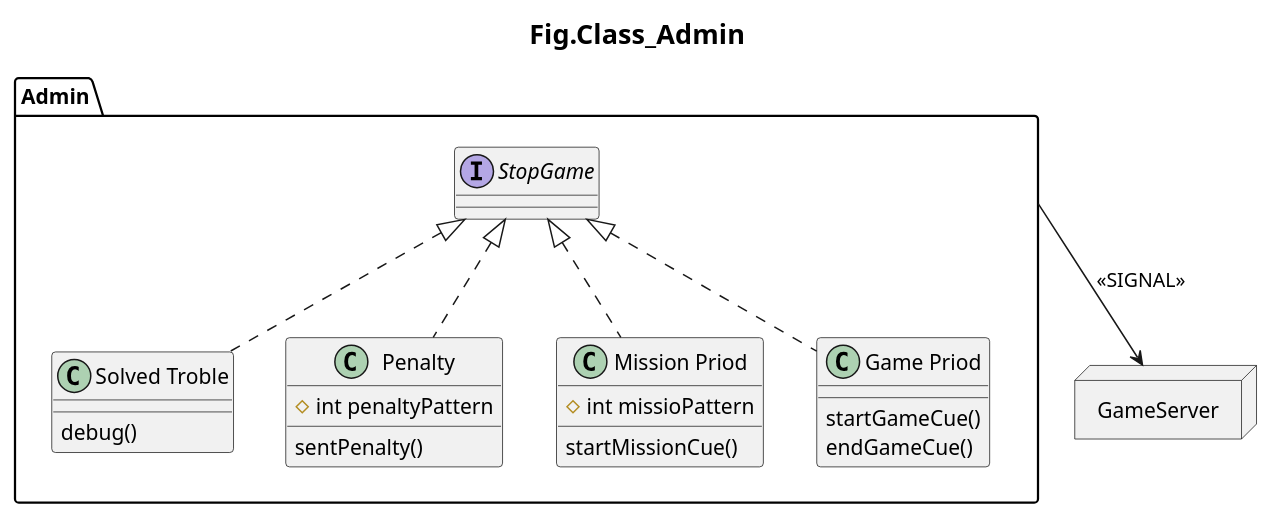
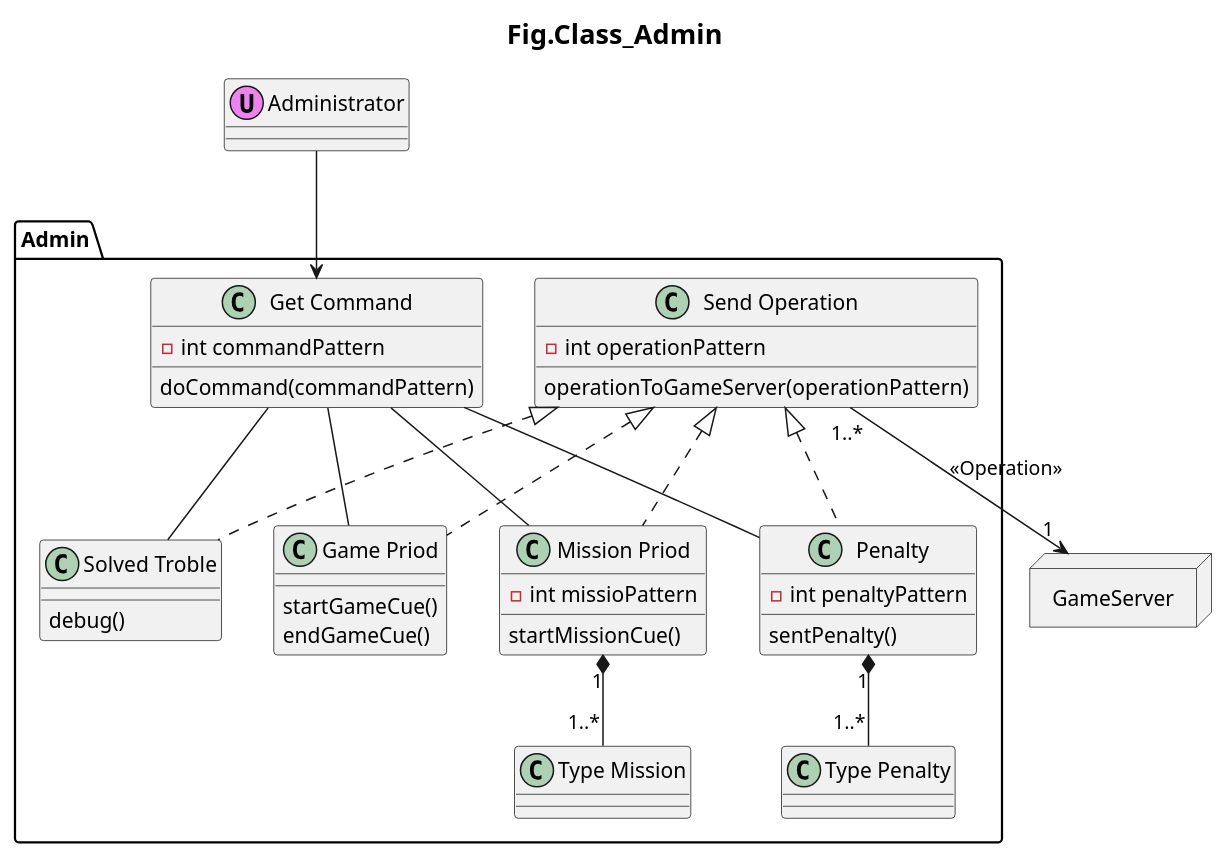
The diagram in Class_Admin.pu (H28KoyosaiInfo/Design), drawn with PlantUML before and after one commit. The commit also changed 1 other file, not shown here.

```diff
--- a/Class_Admin.pu
+++ b/Class_Admin.pu
@@ -2,38 +2,66 @@
 @startuml
 title <size:18> Fig.Class_Admin
 
+  'actor Administrator
+  class Administrator << (U,violet) >>
+
   package Admin{
+
+    class "Get Command" {
+      -int commandPattern
+      doCommand(commandPattern)
+    }
+
     class "Solved Troble"{
       debug()
     }
 
     class "Penalty"{
-      #int penaltyPattern
+      -int penaltyPattern
       sentPenalty()
     }
 
+    class "Type Penalty"{
+    }
+
     class "Mission Priod"{
-      #int missioPattern
+      -int missioPattern
       startMissionCue()
+    }
+
+    class "Type Mission"{
     }
 
     class "Game Priod"{
       startGameCue()
       endGameCue()
     }
 
-    interface "StopGame"{
+    class "Send Operation"{
+      -int operationPattern
+      operationToGameServer(operationPattern)
     }
 
-    "StopGame" <|.. "Game Priod"
-    "StopGame" <|.. "Solved Troble"
-    "StopGame" <|.. "Penalty"
-    "StopGame" <|.. "Mission Priod"
+    "Penalty" "1"*--"1..*" "Type Penalty"
+    "Mission Priod" "1"*--"1..*" "Type Mission"
+
+    "Send Operation" <|.down. "Game Priod"
+    "Send Operation" <|.down. "Solved Troble"
+    "Send Operation" <|.down. "Penalty"
+    "Send Operation" <|.down. "Mission Priod"
+
+    "Get Command" -down- "Game Priod"
+    "Get Command" -down- "Solved Troble"
+    "Get Command" -down- "Penalty"
+    "Get Command" -down- "Mission Priod"
 
   }
 
   package GameServer <<node>>{
   }
-  Admin -down-> GameServer : <<SIGNAL>>
+
+  Administrator --> "Get Command"
+
+  "Send Operation" "1..*"-down->"1" GameServer : <<Operation>>
 
 @enduml
```
